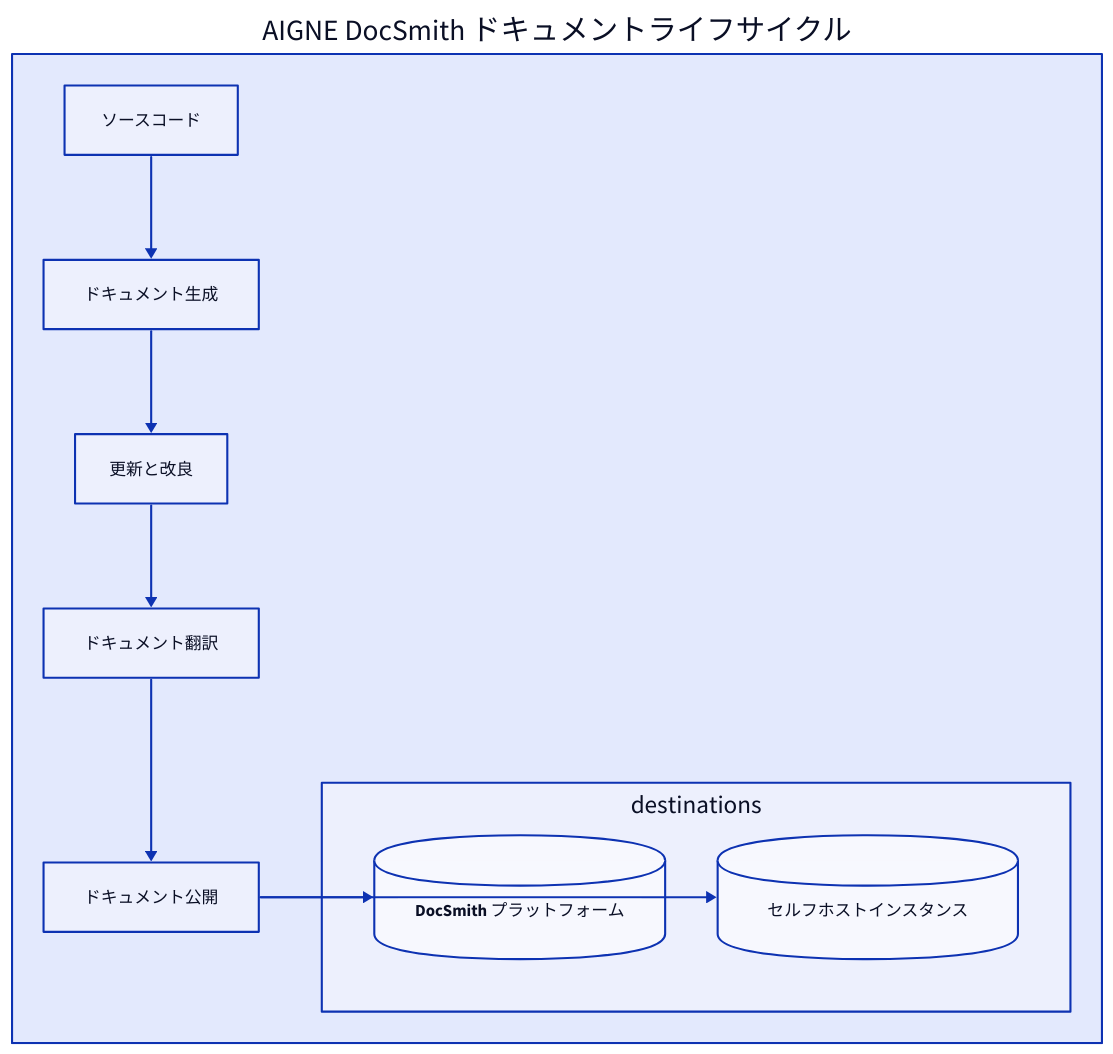
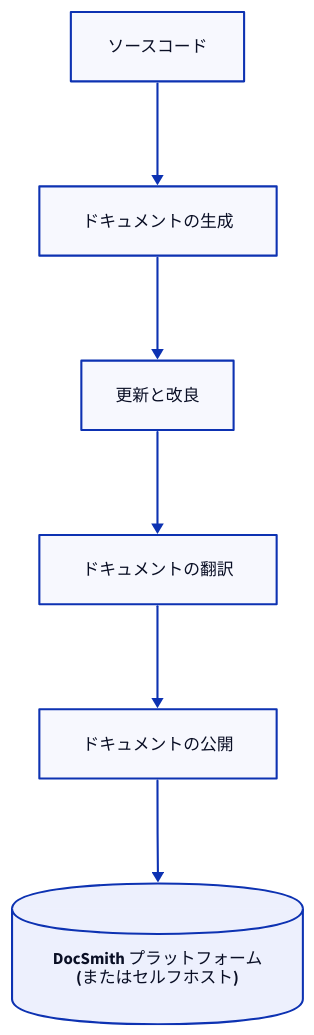
Before and after one commit to AIGNE-io/aigne-doc-smith: the diagram in docs/features.ja.md, drawn with D2. The commit also changed other lines of this file and 69 other files, not shown here.

````diff
--- a/docs/features.ja.md
+++ b/docs/features.ja.md
@@ -5,39 +5,39 @@
 ```d2
 direction: down
 
-AIGNE-DocSmith-Workflow: {
-  label: "AIGNE DocSmith ドキュメントライフサイクル"
-  
-  source-code: "ソースコード"
-
-  generate: "ドキュメント生成"
-
-  refine: "更新と改良"
-
-  translate: "ドキュメント翻訳"
-
-  publish: "ドキュメント公開"
-
-  destinations: {
-    grid-columns: 2
-    grid-gap: 50
-
-    docsmith-platform: {
-      label: "DocSmith プラットフォーム"
-      shape: cylinder
-    }
-
-    self-hosted: {
-      label: "セルフホストインスタンス"
-      shape: cylinder
-    }
-  }
+source-code: {
+  label: "ソースコード"
+  shape: rectangle
 }
 
-AIGNE-DocSmith-Workflow.source-code -> AIGNE-DocSmith-Workflow.generate
-AIGNE-DocSmith-Workflow.generate -> AIGNE-DocSmith-Workflow.refine
-AIGNE-DocSmith-Workflow.refine -> AIGNE-DocSmith-Workflow.translate
-AIGNE-DocSmith-Workflow.translate -> AIGNE-DocSmith-Workflow.publish
-AIGNE-DocSmith-Workflow.publish -> AIGNE-DocSmith-Workflow.destinations.docsmith-platform
-AIGNE-DocSmith-Workflow.publish -> AIGNE-DocSmith-Workflow.destinations.self-hosted
+generate-documentation: {
+  label: "ドキュメントの生成"
+  shape: rectangle
+}
+
+update-and-refine: {
+  label: "更新と改良"
+  shape: rectangle
+}
+
+translate-documentation: {
+  label: "ドキュメントの翻訳"
+  shape: rectangle
+}
+
+publish-docs: {
+  label: "ドキュメントの公開"
+  shape: rectangle
+}
+
+platform: {
+  label: "DocSmith プラットフォーム\n(またはセルフホスト)"
+  shape: cylinder
+}
+
+source-code -> generate-documentation
+generate-documentation -> update-and-refine
+update-and-refine -> translate-documentation
+translate-documentation -> publish-docs
+publish-docs -> platform
 ```
````
